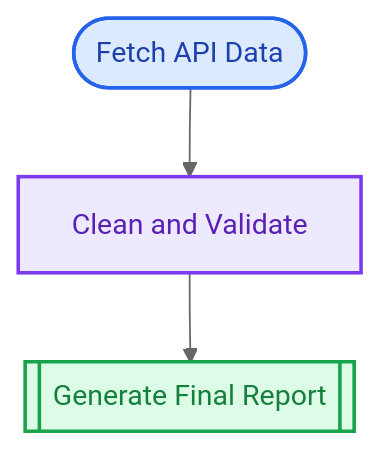
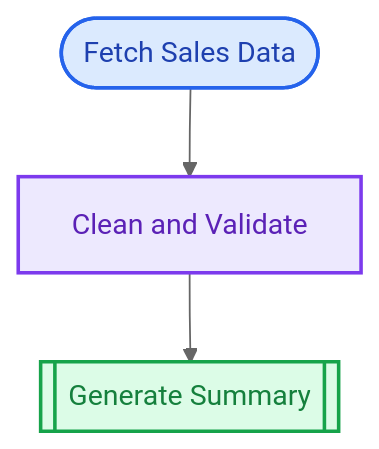
Before and after one commit to pjt222/putior: the second of 3 diagrams in README.md, drawn with Mermaid (neutral theme). The commit also changed other lines of this file and 50 other files, not shown here.

````diff
--- a/README.md
+++ b/README.md
@@ -586,18 +103,16 @@
 ```mermaid
 flowchart TD
-    fetch_data(["Fetch API Data"])
-    clean_data["Clean and Validate"]
-    generate_report[["Generate Final Report"]]
+    fetch([Fetch Sales Data])
+    clean[Clean and Validate]
+    report[[Generate Summary]]
 
-    %% Connections
-    fetch_data --> clean_data
-    clean_data --> generate_report
+    fetch --> clean
+    clean --> report
 
-    %% Styling
     classDef inputStyle fill:#dbeafe,stroke:#2563eb,stroke-width:2px,color:#1e40af
-    class fetch_data inputStyle
+    class fetch inputStyle
     classDef processStyle fill:#ede9fe,stroke:#7c3aed,stroke-width:2px,color:#5b21b6
-    class clean_data processStyle
+    class clean processStyle
     classDef outputStyle fill:#dcfce7,stroke:#16a34a,stroke-width:2px,color:#15803d
-    class generate_report outputStyle
+    class report outputStyle
 ```
````
